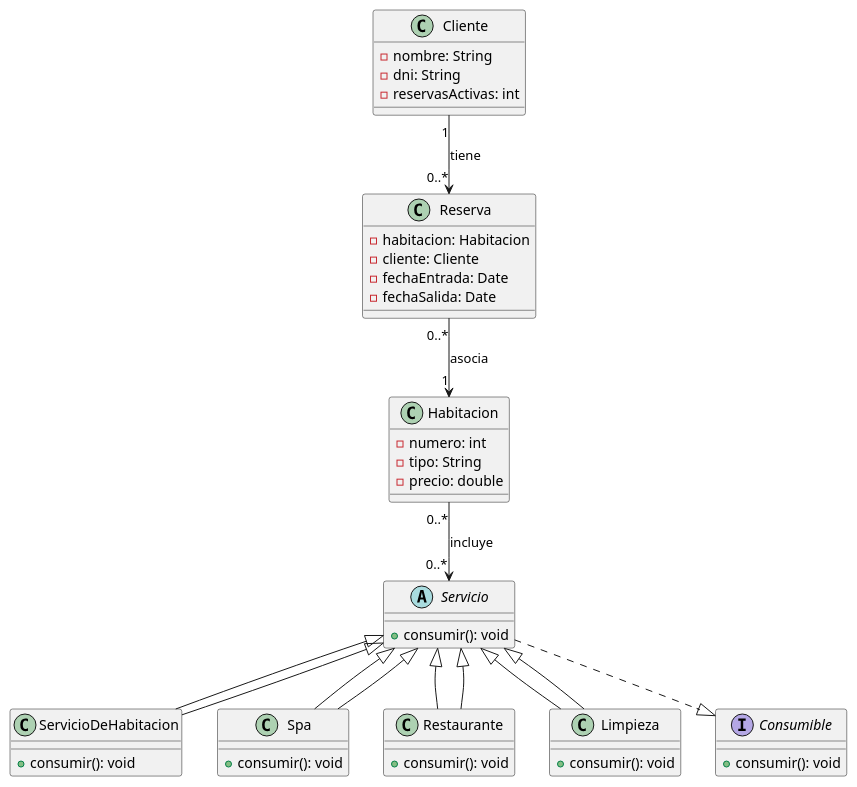
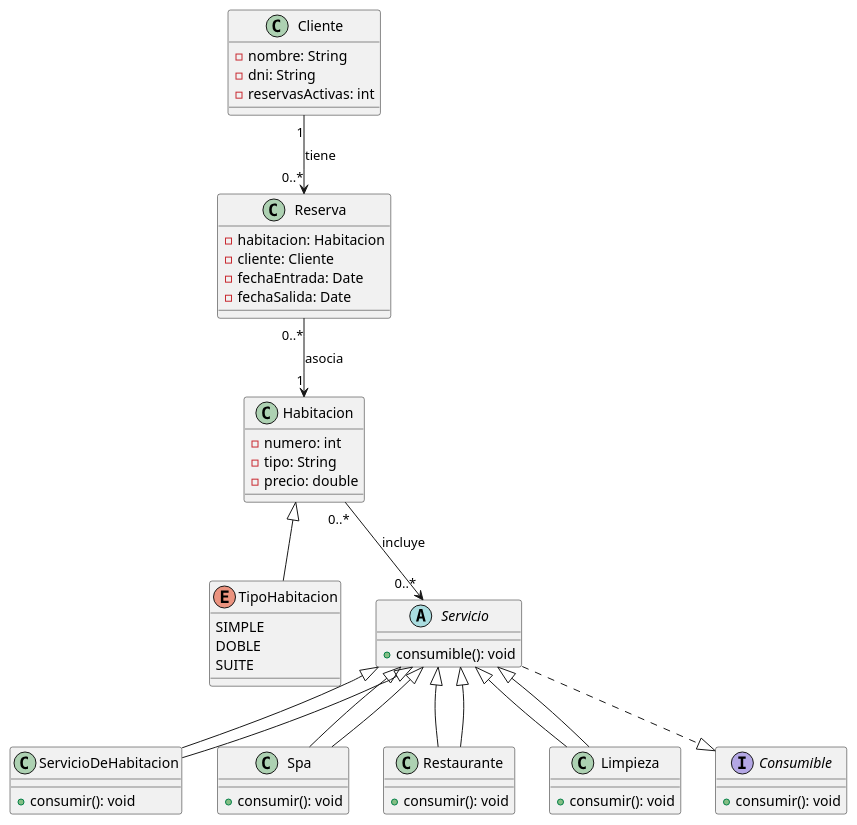
Before and after one commit to Nico26x/RepositorioProgramacion2: the diagram in model/Hotel.puml, drawn with PlantUML. The commit also changed 1 other file, not shown here.

Commit message:
Diagrama de clases con sus respectivos cambios de la nueva clase Enum

```diff
--- a/model/Hotel.puml
+++ b/model/Hotel.puml
@@ -1,56 +1,63 @@
+
+enum TipoHabitacion {
+    SIMPLE
+    DOBLE
+    SUITE
+}
 class Habitacion {
     - numero: int
     - tipo: String
     - precio: double
 }
 
 class Reserva {
     - habitacion: Habitacion
     - cliente: Cliente
     - fechaEntrada: Date
     - fechaSalida: Date
 }
 
 class Cliente {
     - nombre: String
     - dni: String
     - reservasActivas: int
 }
 
 abstract class Servicio {
-    + consumir(): void
+    + consumible(): void
 }
 
 class ServicioDeHabitacion extends Servicio {
     + consumir(): void
 }
 
 class Spa extends Servicio {
     + consumir(): void
 }
 
 class Restaurante extends Servicio {
     + consumir(): void
 }
 
 class Limpieza extends Servicio {
     + consumir(): void
 }
 
 interface Consumible {
     + consumir(): void
 }
 
 ' Relaciones de herencia
 Servicio <|-- ServicioDeHabitacion
 Servicio <|-- Spa
 Servicio <|-- Restaurante
 Servicio <|-- Limpieza
+Habitacion <|-- TipoHabitacion
 
 ' Implementación de la interfaz
 Servicio ..|> Consumible
 
 ' Relaciones entre las clases
 Cliente "1" --> "0..*" Reserva : tiene
 Reserva "0..*" --> "1" Habitacion : asocia
 Habitacion "0..*" --> "0..*" Servicio : incluye
```
